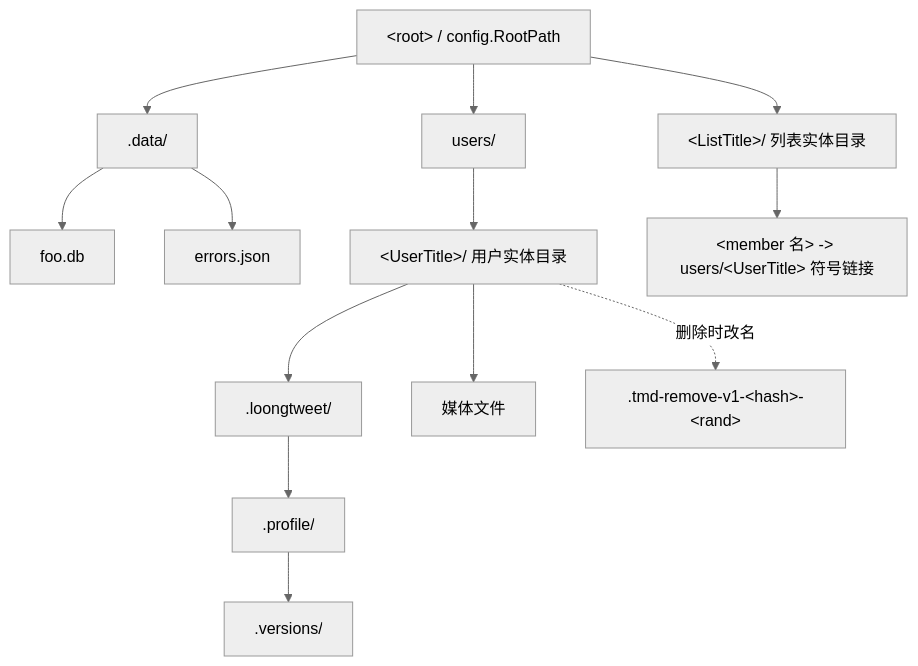
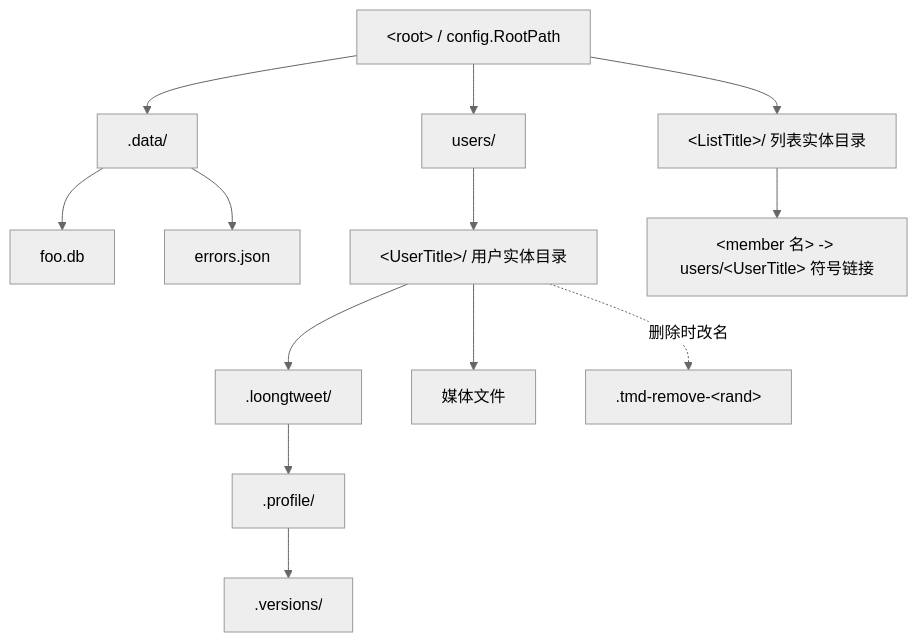
One commit to Leexunhuan743/twitter_media_downloader_pro changed the first of 3 diagrams in doc/entity-storage-lifecycle.md. Above: the diagram before and after it, drawn with Mermaid (neutral theme). The commit also changed other lines of this file and 4 other files, not shown here.

````diff
--- a/doc/entity-storage-lifecycle.md
+++ b/doc/entity-storage-lifecycle.md
@@ -15,15 +15,15 @@
 ```mermaid
 flowchart TD
   R["&lt;root&gt; / config.RootPath"] --> U["users/"]
   R --> DT[".data/"]
   R --> LD["&lt;ListTitle&gt;/ 列表实体目录"]
   DT --> DBF["foo.db"]
   DT --> ERR["errors.json"]
   U --> UD["&lt;UserTitle&gt;/ 用户实体目录"]
   UD --> LT[".loongtweet/"]
   LT --> PF[".profile/"]
   PF --> VS[".versions/"]
   UD --> MEDIA["媒体文件"]
   LD --> SL["&lt;member 名&gt; -&gt; users/&lt;UserTitle&gt; 符号链接"]
-  UD -.->|"删除时改名"| ST[".tmd-remove-v1-&lt;hash&gt;-&lt;rand&gt;"]
+  UD -.->|"删除时改名"| ST[".tmd-remove-&lt;rand&gt;"]
 ```
````
